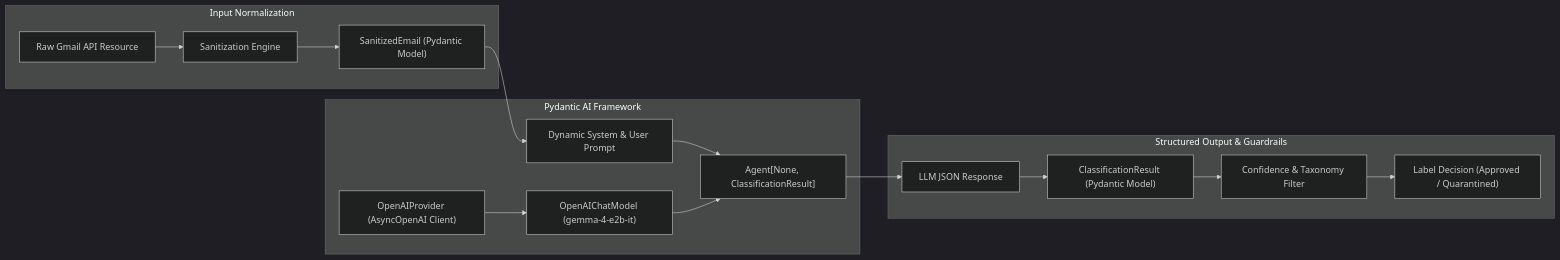
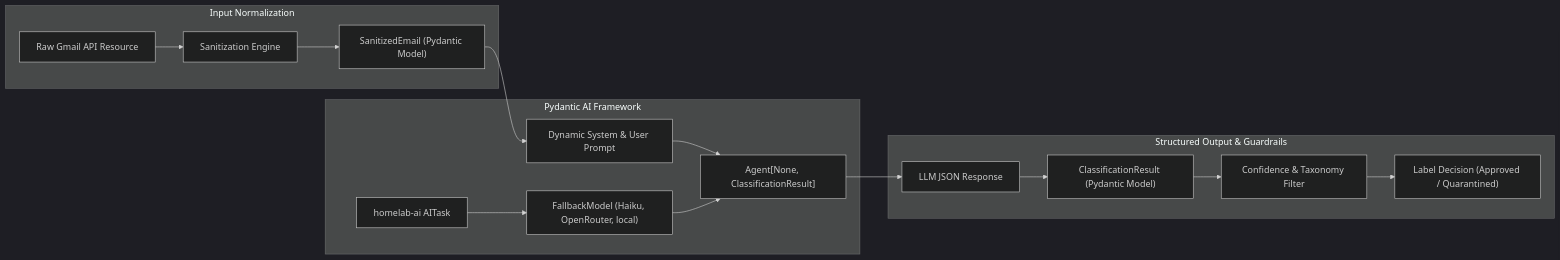
One commit to nsudhanva/homelab changed the third of 4 diagrams in docs/src/content/docs/explanation/gmail-classifier.md. Above: the diagram before and after it, drawn with Mermaid (dark theme). The commit also changed other lines of this file and 7 other files, not shown here.

````diff
--- a/docs/src/content/docs/explanation/gmail-classifier.md
+++ b/docs/src/content/docs/explanation/gmail-classifier.md
@@ -122,29 +122,29 @@
 ```mermaid
 flowchart LR
     subgraph Inputs ["Input Normalization"]
         Raw["Raw Gmail API Resource"]
         San["Sanitization Engine"]
         EmailModel["SanitizedEmail (Pydantic Model)"]
         Raw --> San --> EmailModel
     end
 
     subgraph PydanticAI ["Pydantic AI Framework"]
         Prompt["Dynamic System & User Prompt"]
-        Provider["OpenAIProvider (AsyncOpenAI Client)"]
-        ChatModel["OpenAIChatModel (gemma-4-e2b-it)"]
+        Provider["homelab-ai AITask"]
+        ChatModel["FallbackModel (Haiku, OpenRouter, local)"]
         AgentCore["Agent[None, ClassificationResult]"]
 
         EmailModel --> Prompt
         Prompt --> AgentCore
         Provider --> ChatModel --> AgentCore
     end
 
     subgraph Validation ["Structured Output & Guardrails"]
         RawJSON["LLM JSON Response"]
         ResultModel["ClassificationResult (Pydantic Model)"]
         Guard["Confidence & Taxonomy Filter"]
         FinalDecision["Label Decision (Approved / Quarantined)"]
 
         AgentCore --> RawJSON --> ResultModel --> Guard --> FinalDecision
     end
 ```
````
